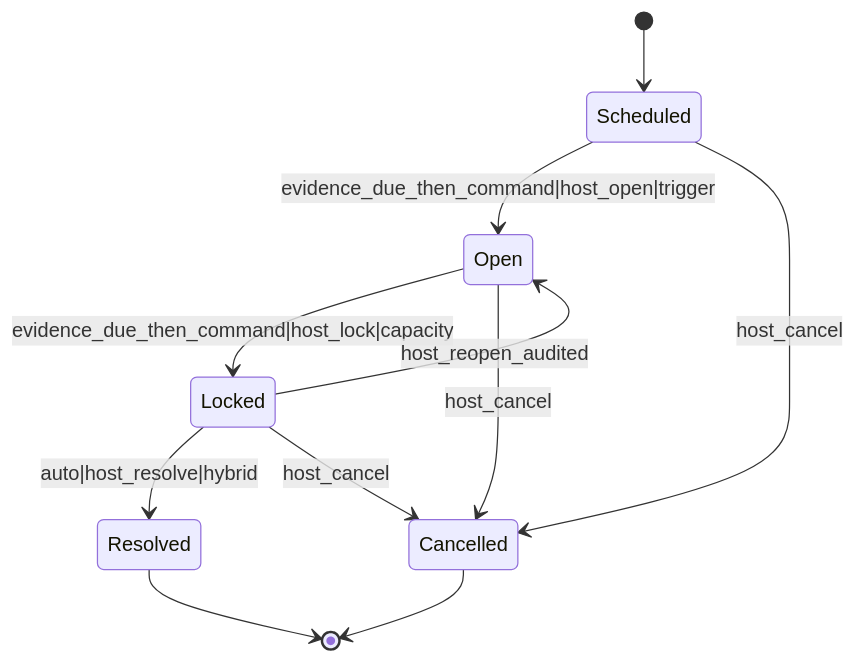
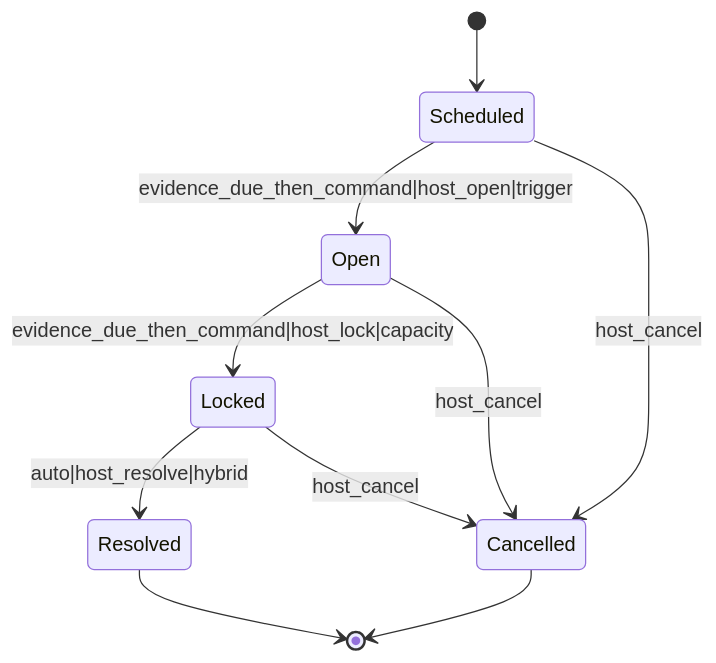
One commit to fluffyrabbot/fmarch changed the second of 4 diagrams in docs/arch/14-mash-and-manual-frontier.md. Above: the diagram before and after it, drawn with Mermaid. The commit also changed other lines of this file, not shown here.

````diff
--- a/docs/arch/14-mash-and-manual-frontier.md
+++ b/docs/arch/14-mash-and-manual-frontier.md
@@ -290,13 +299,12 @@
 ```mermaid
 stateDiagram-v2
   [*] --> Scheduled
   Scheduled --> Open: evidence_due_then_command|host_open|trigger
   Scheduled --> Cancelled: host_cancel
   Open --> Locked: evidence_due_then_command|host_lock|capacity
   Open --> Cancelled: host_cancel
   Locked --> Resolved: auto|host_resolve|hybrid
-  Locked --> Open: host_reopen_audited
   Locked --> Cancelled: host_cancel
   Resolved --> [*]
   Cancelled --> [*]
 ```
````
